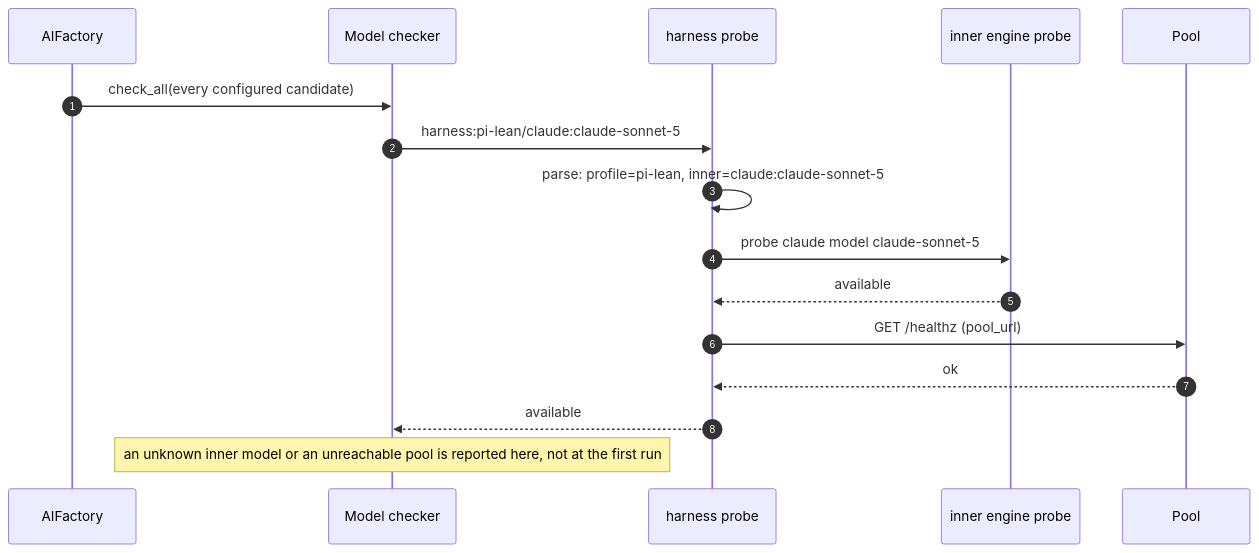
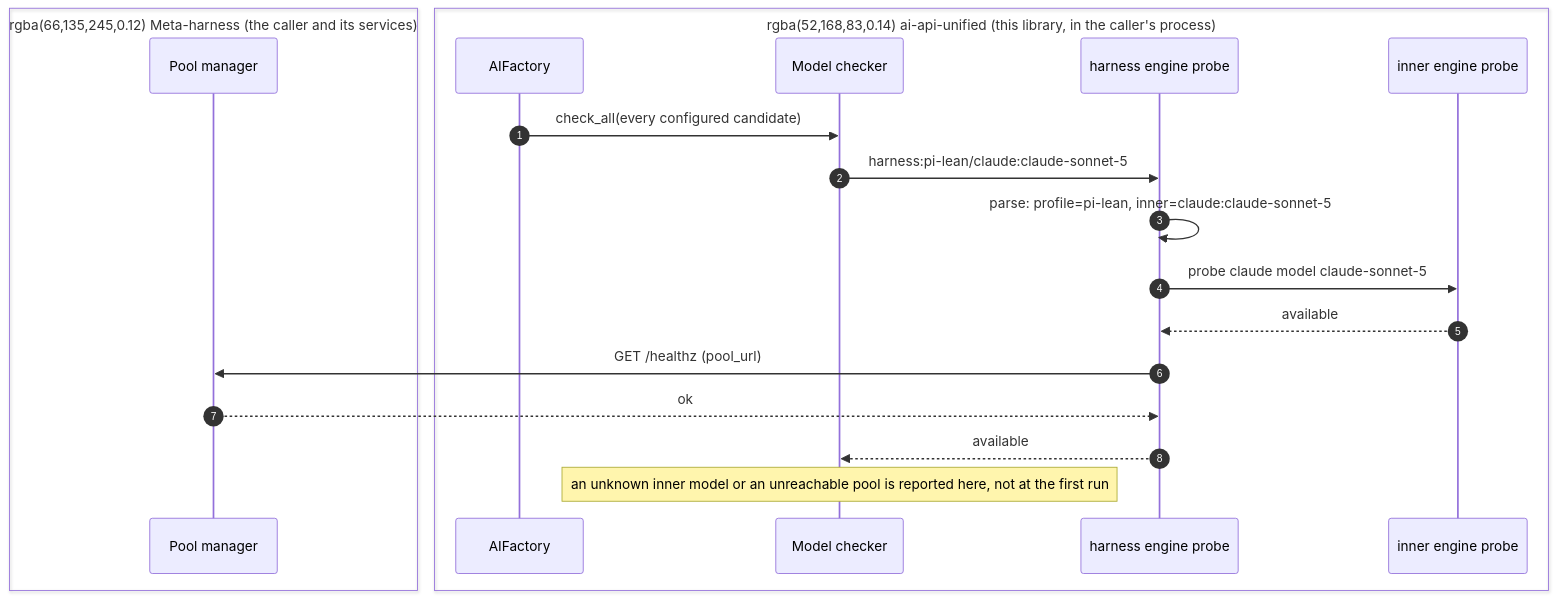
One commit to davecthomas/ai-api-unified changed the eighth of 8 diagrams in docs/harness_engine_design.md. Above: the diagram before and after it, drawn with Mermaid. The commit also changed other lines of this file, not shown here.

First line of the commit message:
docs/harness-engine-sequences: group sequence participants by owner

````diff
--- a/docs/harness_engine_design.md
+++ b/docs/harness_engine_design.md
@@ -317,19 +362,23 @@
 ```mermaid
 sequenceDiagram
     autonumber
+    box rgba(66,135,245,0.12) Meta-harness (the caller and its services)
+    participant P as Pool manager
+    end
+    box rgba(52,168,83,0.14) ai-api-unified (this library, in the caller's process)
     participant Fa as AIFactory
     participant MC as Model checker
-    participant HP as harness probe
+    participant HP as harness engine probe
     participant IP as inner engine probe
-    participant P as Pool
+    end
 
     Fa->>MC: check_all(every configured candidate)
     MC->>HP: harness:pi-lean/claude:claude-sonnet-5
     HP->>HP: parse: profile=pi-lean, inner=claude:claude-sonnet-5
     HP->>IP: probe claude model claude-sonnet-5
     IP-->>HP: available
     HP->>P: GET /healthz (pool_url)
     P-->>HP: ok
     HP-->>MC: available
     Note over MC: an unknown inner model or an unreachable pool is reported here, not at the first run
 ```
````
